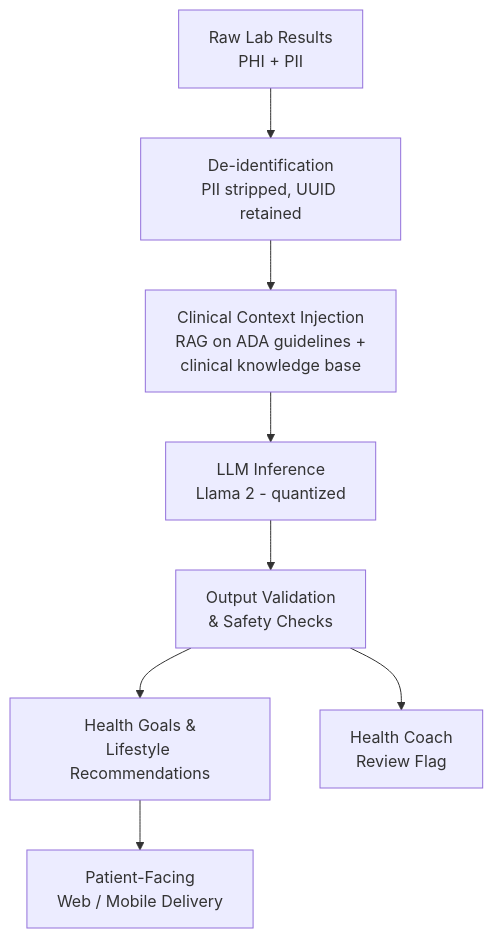
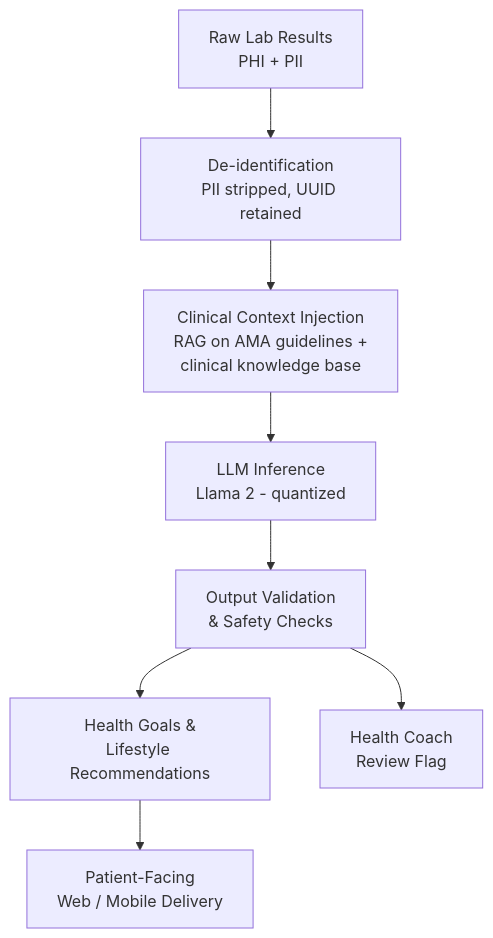
The second of 4 diagrams in CaseStudy.md (five07/five07), drawn with Mermaid before and after one commit. The commit also changed other lines of this file, not shown here.

````diff
--- a/CaseStudy.md
+++ b/CaseStudy.md
@@ -108,10 +119,10 @@
 ```mermaid
 flowchart TD
-    A[Raw Lab Results\nPHI + PII] --> B[De-identification\nPII stripped, UUID retained]
-    B --> C[Clinical Context Injection\nRAG on ADA guidelines +\nclinical knowledge base]
-    C --> D[LLM Inference\nLlama 2 - quantized]
-    D --> E[Output Validation\n& Safety Checks]
-    E --> F[Health Goals &\nLifestyle Recommendations]
-    F --> G[Patient-Facing\nWeb / Mobile Delivery]
-    E --> H[Health Coach\nReview Flag]
+    A[Raw Lab Results<br/>PHI + PII] --> B[De-identification<br/>PII stripped, UUID retained]
+    B --> C[Clinical Context Injection<br/>RAG on AMA guidelines +<br/>clinical knowledge base]
+    C --> D[LLM Inference<br/>Llama 2 - quantized]
+    D --> E[Output Validation<br/>& Safety Checks]
+    E --> F[Health Goals &<br/>Lifestyle Recommendations]
+    F --> G[Patient-Facing<br/>Web / Mobile Delivery]
+    E --> H[Health Coach<br/>Review Flag]
 ```
````
